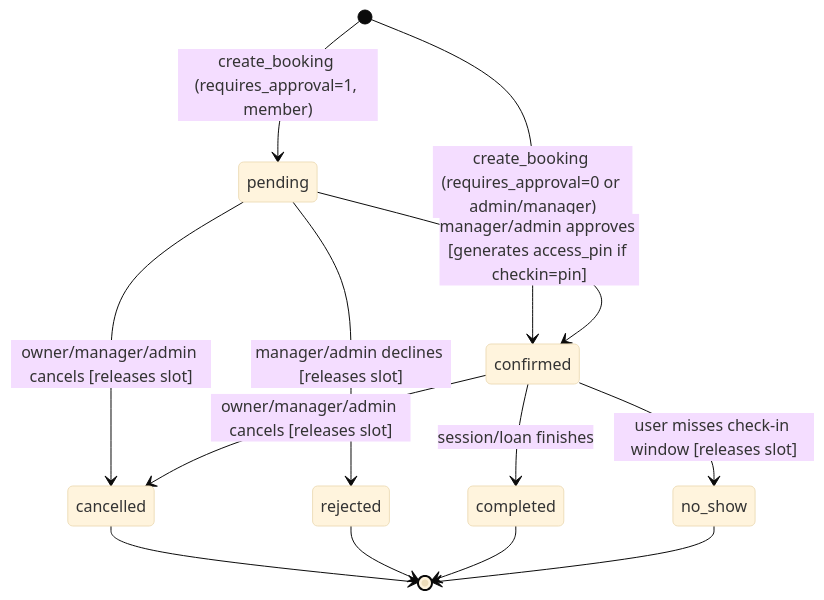
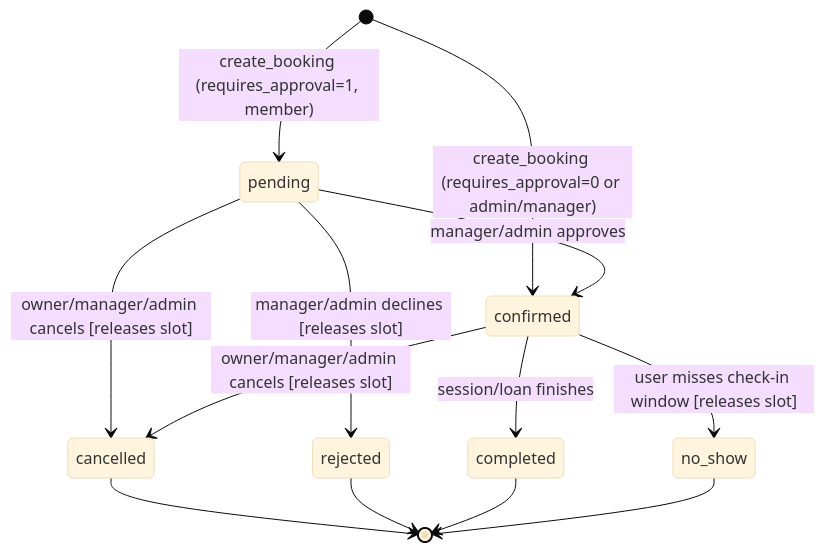
One commit to huutrungle2001/WM9QF_AI_Programming_A1 changed the diagram in docs/design/diagram/booking_state.mmd. Above: the diagram before and after it, drawn with Mermaid (base theme). The commit also changed 17 other files, not shown here.

Commit message:
docs(design): finalize 11-table CTI schema and enrich central AV catalog

```diff
--- a/docs/design/diagram/booking_state.mmd
+++ b/docs/design/diagram/booking_state.mmd
@@ -1,13 +1,13 @@
 stateDiagram-v2
     [*] --> pending : create_booking (requires_approval=1, member)
     [*] --> confirmed : create_booking (requires_approval=0 or admin/manager)
-    pending --> confirmed : manager/admin approves [generates access_pin if checkin=pin]
+    pending --> confirmed : manager/admin approves
     pending --> rejected : manager/admin declines [releases slot]
     pending --> cancelled : owner/manager/admin cancels [releases slot]
     confirmed --> completed : session/loan finishes
     confirmed --> no_show : user misses check-in window [releases slot]
     confirmed --> cancelled : owner/manager/admin cancels [releases slot]
     cancelled --> [*]
     rejected --> [*]
     completed --> [*]
     no_show --> [*]
```
